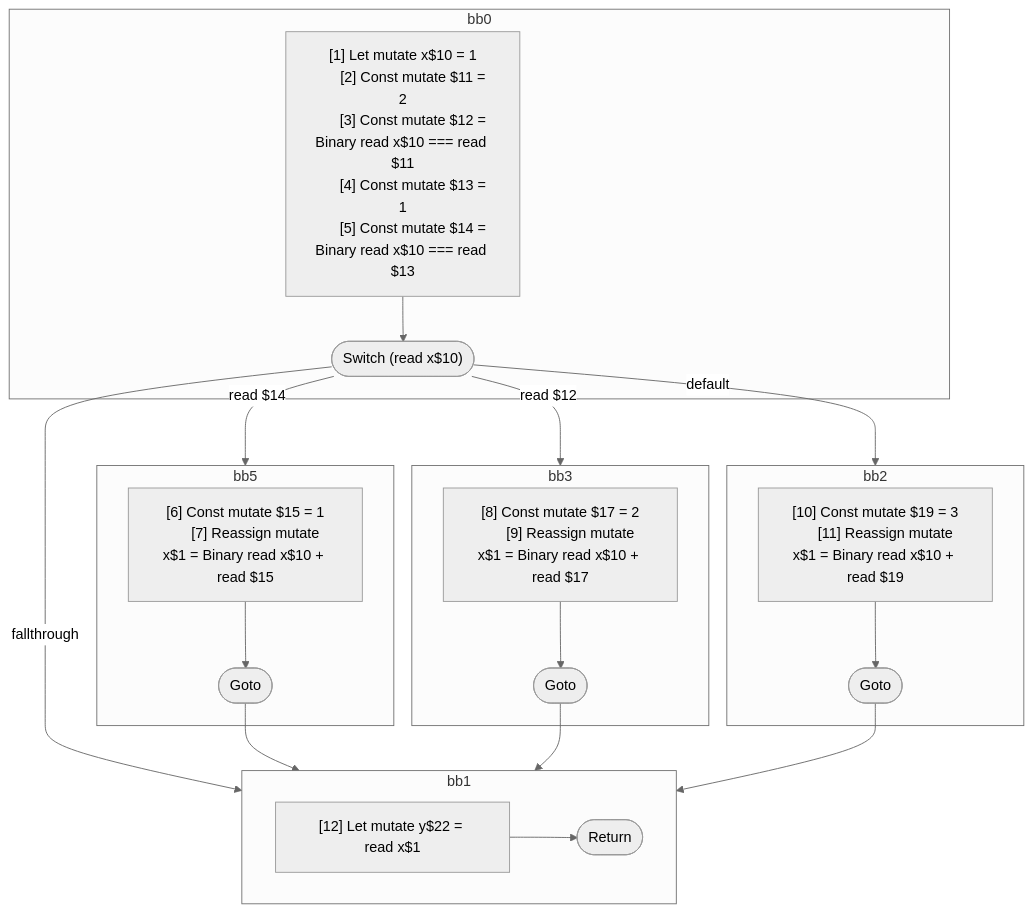
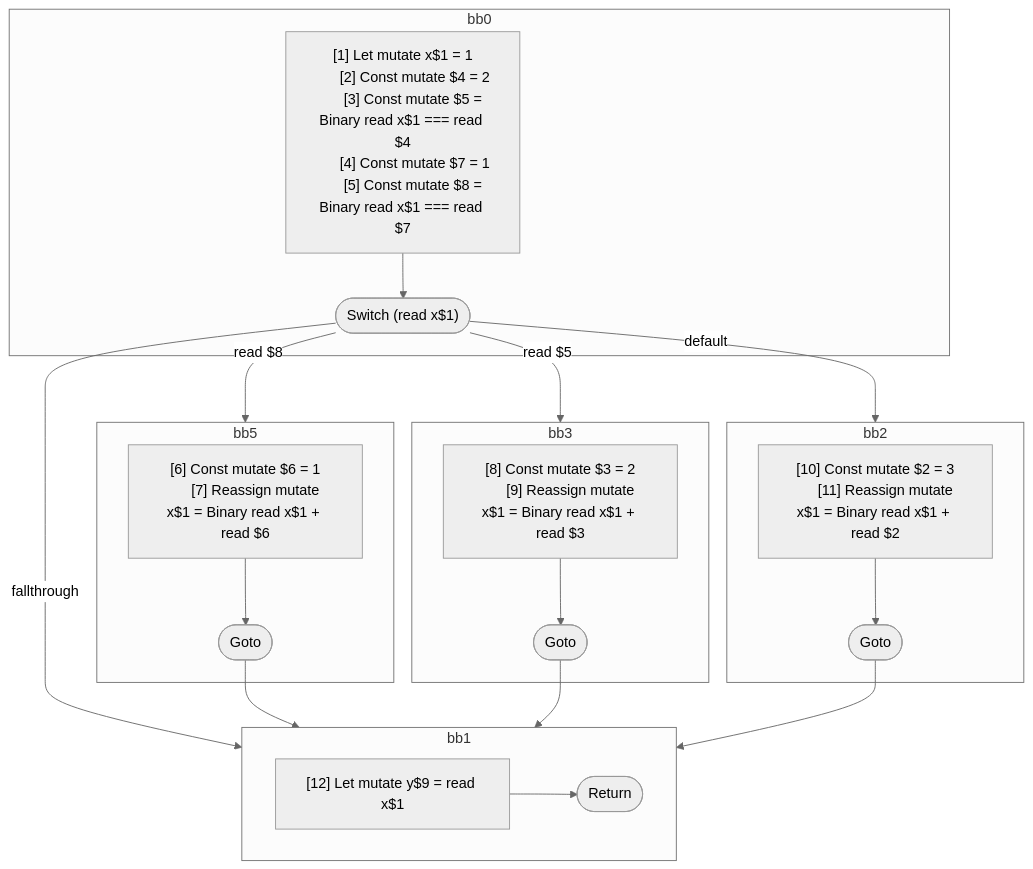
The diagram in compiler/forget/src/__tests__/fixtures/hir/ssa-switch.expect.md (wutsmog/private), drawn with Mermaid (neutral theme) before and after one commit. The commit also changed other lines of this file and 57 other files, not shown here.

````diff
--- a/compiler/forget/src/__tests__/fixtures/hir/ssa-switch.expect.md
+++ b/compiler/forget/src/__tests__/fixtures/hir/ssa-switch.expect.md
@@ -63,51 +63,51 @@
 ```mermaid
 flowchart TB
   %% Basic Blocks
   subgraph bb0
     bb0_instrs["
-      [1] Let mutate x$10 = 1
-      [2] Const mutate $11 = 2
-      [3] Const mutate $12 = Binary read x$10 === read $11
-      [4] Const mutate $13 = 1
-      [5] Const mutate $14 = Binary read x$10 === read $13
+      [1] Let mutate x$1 = 1
+      [2] Const mutate $4 = 2
+      [3] Const mutate $5 = Binary read x$1 === read $4
+      [4] Const mutate $7 = 1
+      [5] Const mutate $8 = Binary read x$1 === read $7
     "]
-    bb0_instrs --> bb0_terminal(["Switch (read x$10)"])
+    bb0_instrs --> bb0_terminal(["Switch (read x$1)"])
   end
   subgraph bb5
     bb5_instrs["
-      [6] Const mutate $15 = 1
-      [7] Reassign mutate x$1 = Binary read x$10 + read $15
+      [6] Const mutate $6 = 1
+      [7] Reassign mutate x$1 = Binary read x$1 + read $6
     "]
     bb5_instrs --> bb5_terminal(["Goto"])
   end
   subgraph bb3
     bb3_instrs["
-      [8] Const mutate $17 = 2
-      [9] Reassign mutate x$1 = Binary read x$10 + read $17
+      [8] Const mutate $3 = 2
+      [9] Reassign mutate x$1 = Binary read x$1 + read $3
     "]
     bb3_instrs --> bb3_terminal(["Goto"])
   end
   subgraph bb2
     bb2_instrs["
-      [10] Const mutate $19 = 3
-      [11] Reassign mutate x$1 = Binary read x$10 + read $19
+      [10] Const mutate $2 = 3
+      [11] Reassign mutate x$1 = Binary read x$1 + read $2
     "]
     bb2_instrs --> bb2_terminal(["Goto"])
   end
   subgraph bb1
     bb1_instrs["
-      [12] Let mutate y$22 = read x$1
+      [12] Let mutate y$9 = read x$1
     "]
     bb1_instrs --> bb1_terminal(["Return"])
   end
 
   %% Jumps
-  bb0_terminal -- read $14 --> bb5
-  bb0_terminal -- read $12 --> bb3
+  bb0_terminal -- read $8 --> bb5
+  bb0_terminal -- read $5 --> bb3
   bb0_terminal -- default --> bb2
   bb0_terminal -- fallthrough --> bb1
   bb5_terminal --> bb1
   bb3_terminal --> bb1
   bb2_terminal --> bb1
 
 ```
````
